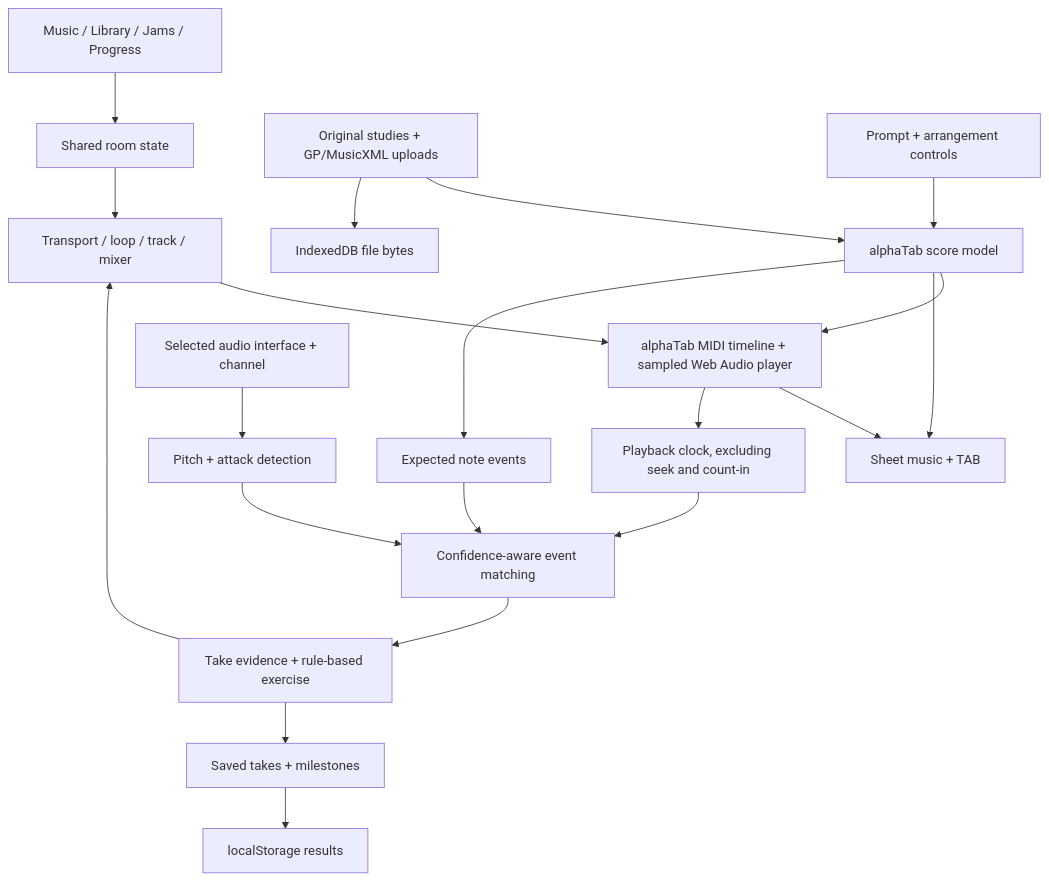
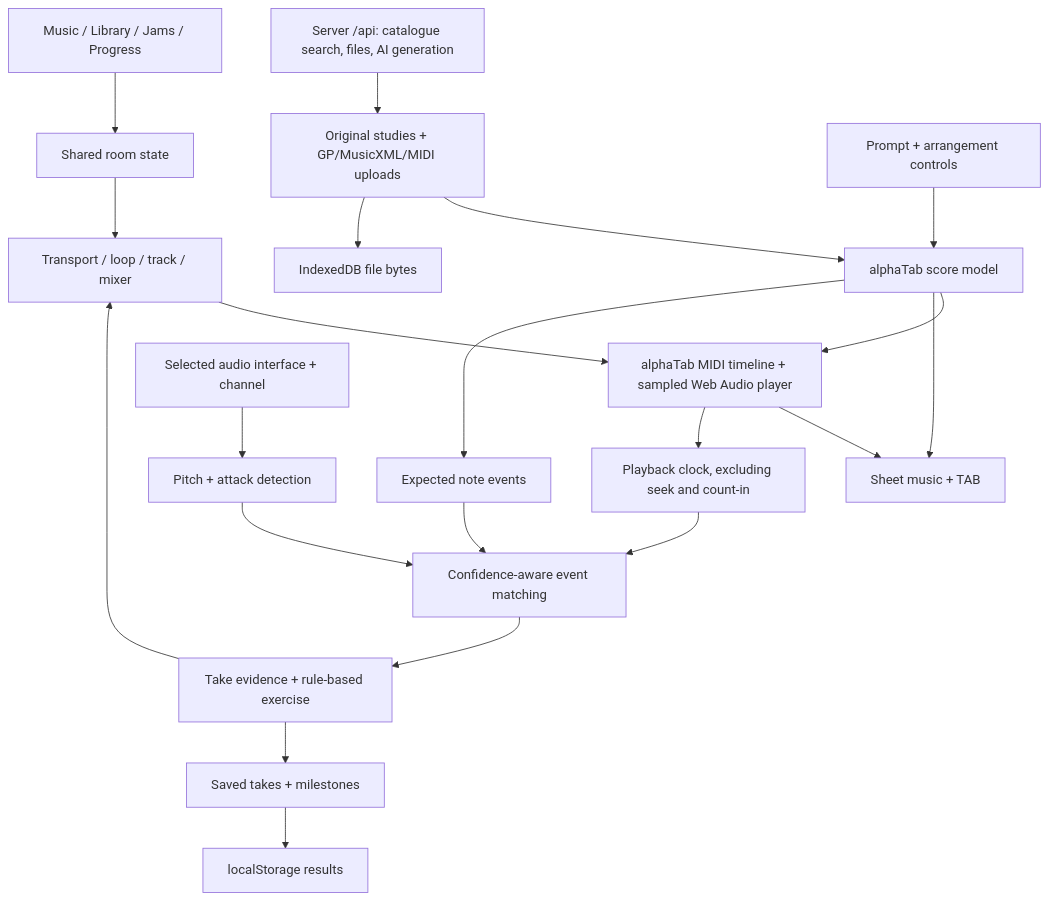
The diagram in README.md (dbjohnson/practice-room), drawn with Mermaid before and after one commit. The commit also changed other lines of this file and 47 other files, not shown here.

First line of the commit message:
feat: find music in catalogues, import MIDI and generate practice pieces

````diff
--- a/README.md
+++ b/README.md
@@ -118,22 +121,23 @@
 ```mermaid
 flowchart TD
   Shell[Music / Library / Jams / Progress] --> Room[Shared room state]
-  Library[Original studies + GP/MusicXML uploads] --> Score[alphaTab score model]
+  Library[Original studies + GP/MusicXML/MIDI uploads] --> Score[alphaTab score model]
+  Api[Server /api: catalogue search, files, AI generation] --> Library
   Jam[Prompt + arrangement controls] --> Score
   Room --> Controls[Transport / loop / track / mixer]
   Controls --> Player[alphaTab MIDI timeline + sampled Web Audio player]
   Score --> Player
   Score --> Render[Sheet music + TAB]
   Player --> Render
   Score --> Expected[Expected note events]
   Player --> Clock[Playback clock, excluding seek and count-in]
   Mic[Selected audio interface + channel] --> Detector[Pitch + attack detection]
   Detector --> Match[Confidence-aware event matching]
   Clock --> Match
   Expected --> Match
   Match --> Review[Take evidence + rule-based exercise]
   Review --> Controls
   Review --> History[Saved takes + milestones]
   Library --> IDB[IndexedDB file bytes]
   History --> Local[localStorage results]
 ```
````
